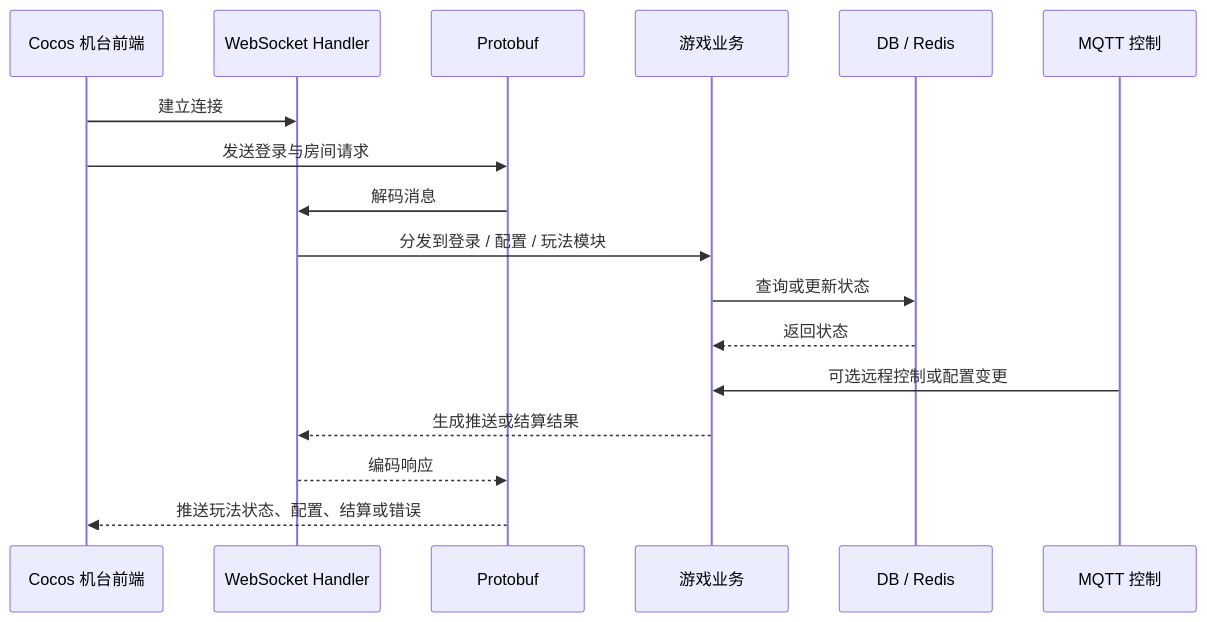
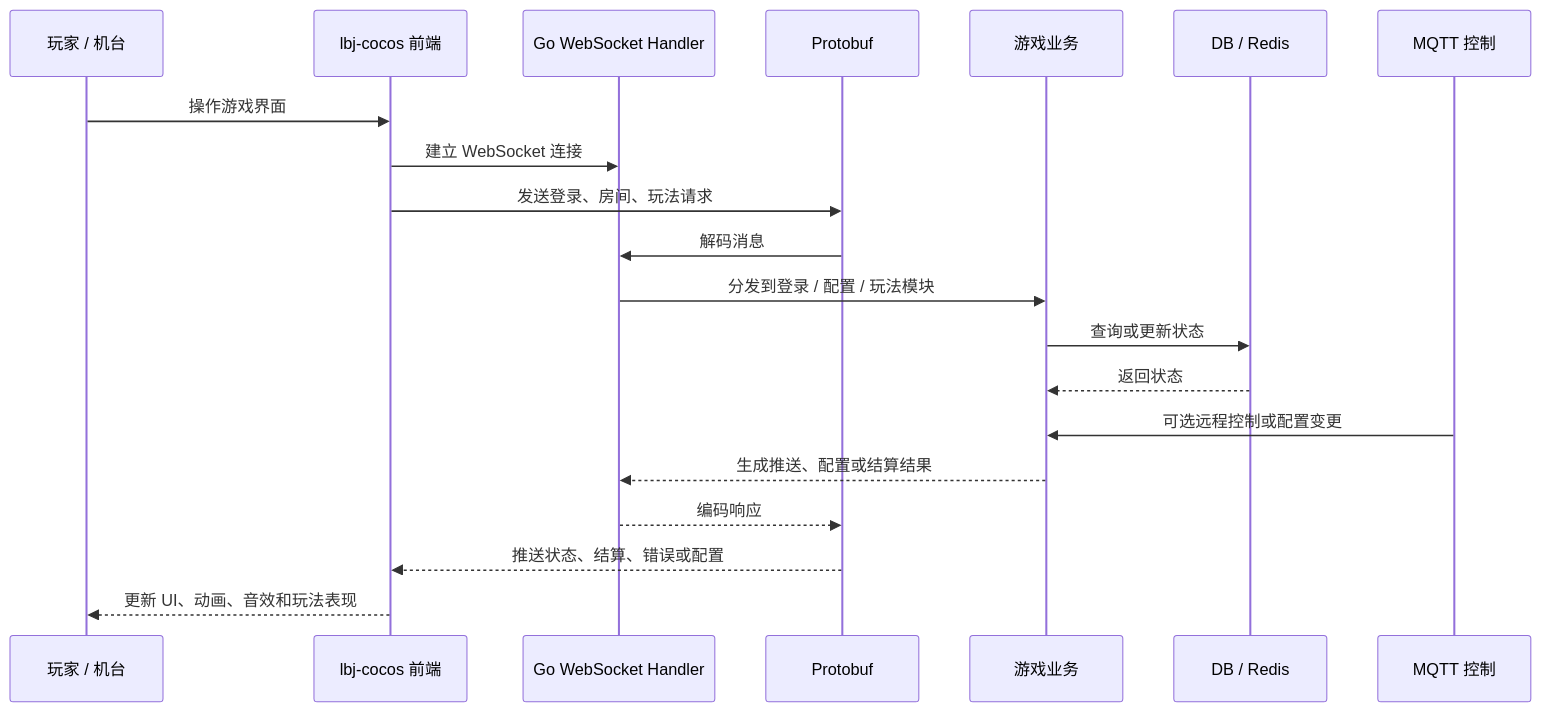
The second of 2 diagrams in README.md (Cczp/slotgame-fullstack-showcase), drawn with Mermaid before and after one commit. The commit also changed other lines of this file, not shown here.

Commit message:
Clarify paired Cocos frontend showcase

````diff
--- a/README.md
+++ b/README.md
@@ -76,20 +114,23 @@
 ```mermaid
 sequenceDiagram
-  participant Client as Cocos 机台前端
-  participant WS as WebSocket Handler
+  participant Player as 玩家 / 机台
+  participant FE as lbj-cocos 前端
+  participant WS as Go WebSocket Handler
   participant PB as Protobuf
   participant Service as 游戏业务
   participant Store as DB / Redis
   participant MQTT as MQTT 控制
 
-  Client->>WS: 建立连接
-  Client->>PB: 发送登录与房间请求
+  Player->>FE: 操作游戏界面
+  FE->>WS: 建立 WebSocket 连接
+  FE->>PB: 发送登录、房间、玩法请求
   PB->>WS: 解码消息
   WS->>Service: 分发到登录 / 配置 / 玩法模块
   Service->>Store: 查询或更新状态
   Store-->>Service: 返回状态
   MQTT->>Service: 可选远程控制或配置变更
-  Service-->>WS: 生成推送或结算结果
+  Service-->>WS: 生成推送、配置或结算结果
   WS-->>PB: 编码响应
-  PB-->>Client: 推送玩法状态、配置、结算或错误
+  PB-->>FE: 推送状态、结算、错误或配置
+  FE-->>Player: 更新 UI、动画、音效和玩法表现
 ```
````
